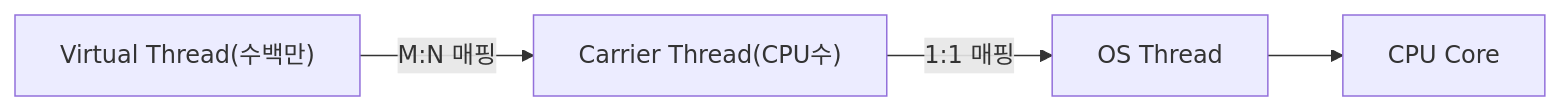
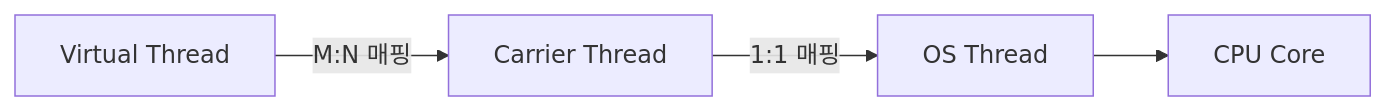
The first of 3 diagrams in _posts/java/2026-05-01-java-virtual-thread.md (yjkim2015/yjkim2015.github.io), drawn with Mermaid before and after one commit. The commit also changed other lines of this file and 245 other files, not shown here.

First line of the commit message:
Mermaid 다이어그램 전면 수정 + 면접 포인트 접기/펼치기 + DB 데드락 페이지

````diff
--- a/_posts/java/2026-05-01-java-virtual-thread.md
+++ b/_posts/java/2026-05-01-java-virtual-thread.md
@@ -105,6 +105,6 @@
 ```mermaid
 graph LR
-    A["Virtual Thread(수백만)"] -->|"M:N 매핑"| B["Carrier Thread(CPU수)"]
+    A["Virtual Thread"] -->|"M:N 매핑"| B["Carrier Thread"]
     B -->|"1:1 매핑"| C["OS Thread"]
     C --> D["CPU Core"]
 ```
````
